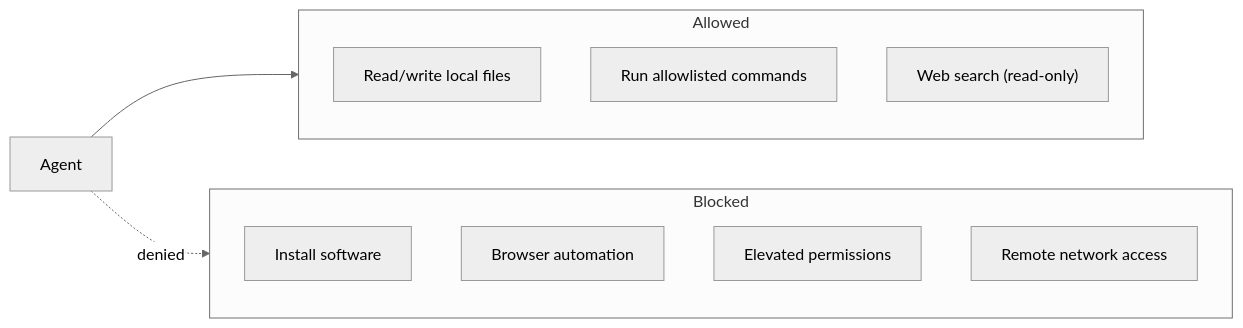
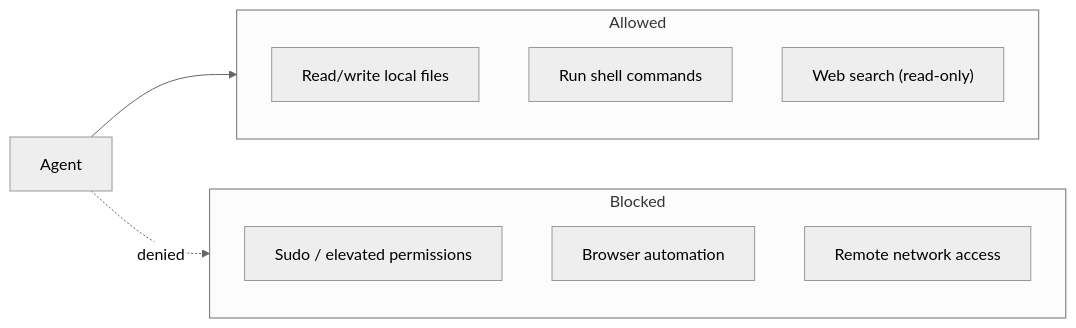
The third of 3 diagrams in README.md (mvalancy/tritium-coder), drawn with Mermaid (neutral theme) before and after one commit. The commit also changed other lines of this file and 6 other files, not shown here.

````diff
--- a/README.md
+++ b/README.md
@@ -131,18 +132,17 @@
 ```mermaid
 flowchart LR
     subgraph allowed["Allowed"]
         A1["Read/write local files"]
-        A2["Run allowlisted commands"]
+        A2["Run shell commands"]
         A3["Web search (read-only)"]
     end
 
     subgraph blocked["Blocked"]
-        B1["Install software"]
+        B1["Sudo / elevated permissions"]
         B2["Browser automation"]
-        B3["Elevated permissions"]
-        B4["Remote network access"]
+        B3["Remote network access"]
     end
 
     Agent["Agent"] --> allowed
     Agent -.->|"denied"| blocked
 ```
````
